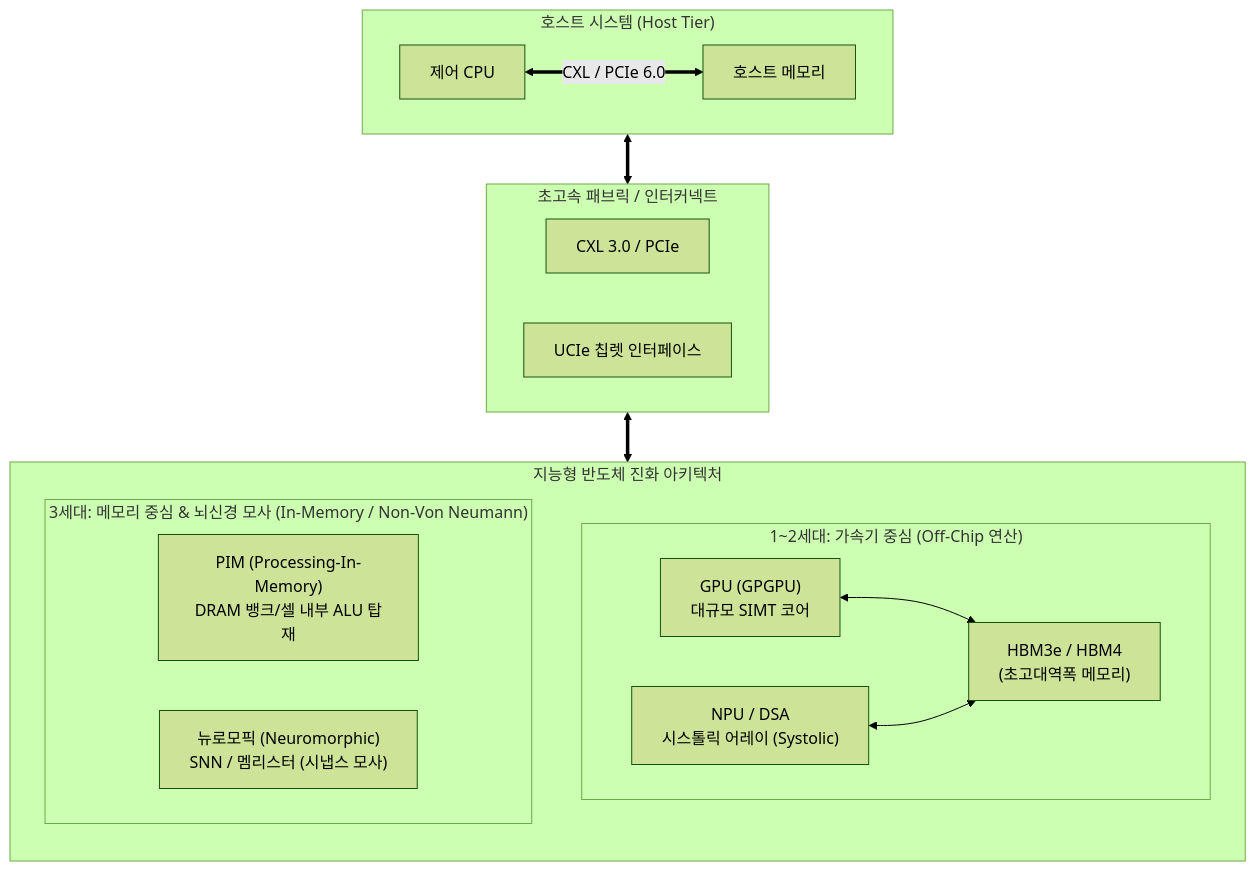
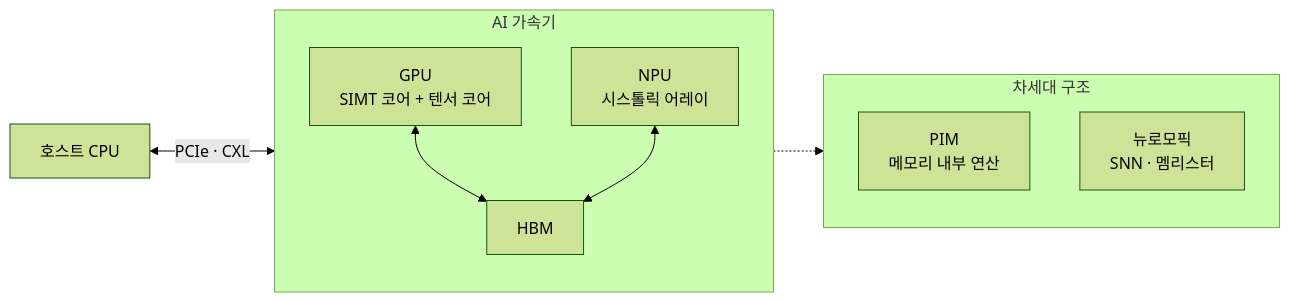
The diagram in content/01_IT Tech/지능형 반도체.md (supremethumb/supremethumb.github.io), drawn with Mermaid (forest theme) before and after one commit. The commit also changed other lines of this file and 1087 other files, not shown here.

````diff
--- a/content/01_IT Tech/지능형 반도체.md
+++ b/content/01_IT Tech/지능형 반도체.md
@@ -29,39 +35,18 @@
 ```mermaid
-flowchart TB
-    subgraph HOST ["호스트 시스템 (Host Tier)"]
-        direction LR
-        CPU["제어 CPU"]
-        MEM["호스트 메모리"]
-        CPU <== "CXL / PCIe 6.0" ==> MEM
+flowchart LR
+    HOST["호스트 CPU"] <-- "PCIe · CXL" --> ACC
+    subgraph ACC["AI 가속기"]
+        direction TB
+        GPU["GPU<br/>SIMT 코어 + 텐서 코어"]
+        NPU["NPU<br/>시스톨릭 어레이"]
+        HBM["HBM"]
+        GPU <--> HBM
+        NPU <--> HBM
     end
-
-    subgraph INTERCONNECT ["초고속 패브릭 / 인터커넥트"]
-        direction LR
-        CXL["CXL 3.0 / PCIe"]
-        UCIe["UCIe 칩렛 인터페이스"]
+    ACC -.-> NEXT
+    subgraph NEXT["차세대 구조"]
+        direction TB
+        PIM["PIM<br/>메모리 내부 연산"]
+        NEU["뉴로모픽<br/>SNN · 멤리스터"]
     end
-
-    HOST <==> INTERCONNECT
-
-    subgraph ARCH ["지능형 반도체 진화 아키텍처"]
-        direction TB
-
-        subgraph GEN1_2 ["1~2세대: 가속기 중심 (Off-Chip 연산)"]
-            direction LR
-            GPU["GPU (GPGPU)<br/>대규모 SIMT 코어"]
-            NPU["NPU / DSA<br/>시스톨릭 어레이 (Systolic)"]
-            HBM["HBM3e / HBM4<br/>(초고대역폭 메모리)"]
-            GPU <--> HBM
-            NPU <--> HBM
-        end
-
-        subgraph GEN3 ["3세대: 메모리 중심 & 뇌신경 모사 (In-Memory / Non-Von Neumann)"]
-            direction LR
-            PIM["PIM (Processing-In-Memory)<br/>DRAM 뱅크/셀 내부 ALU 탑재"]
-            NEURO["뉴로모픽 (Neuromorphic)<br/>SNN / 멤리스터 (시냅스 모사)"]
-        end
-    end
-
-    INTERCONNECT <==> ARCH
-
 ```
````
